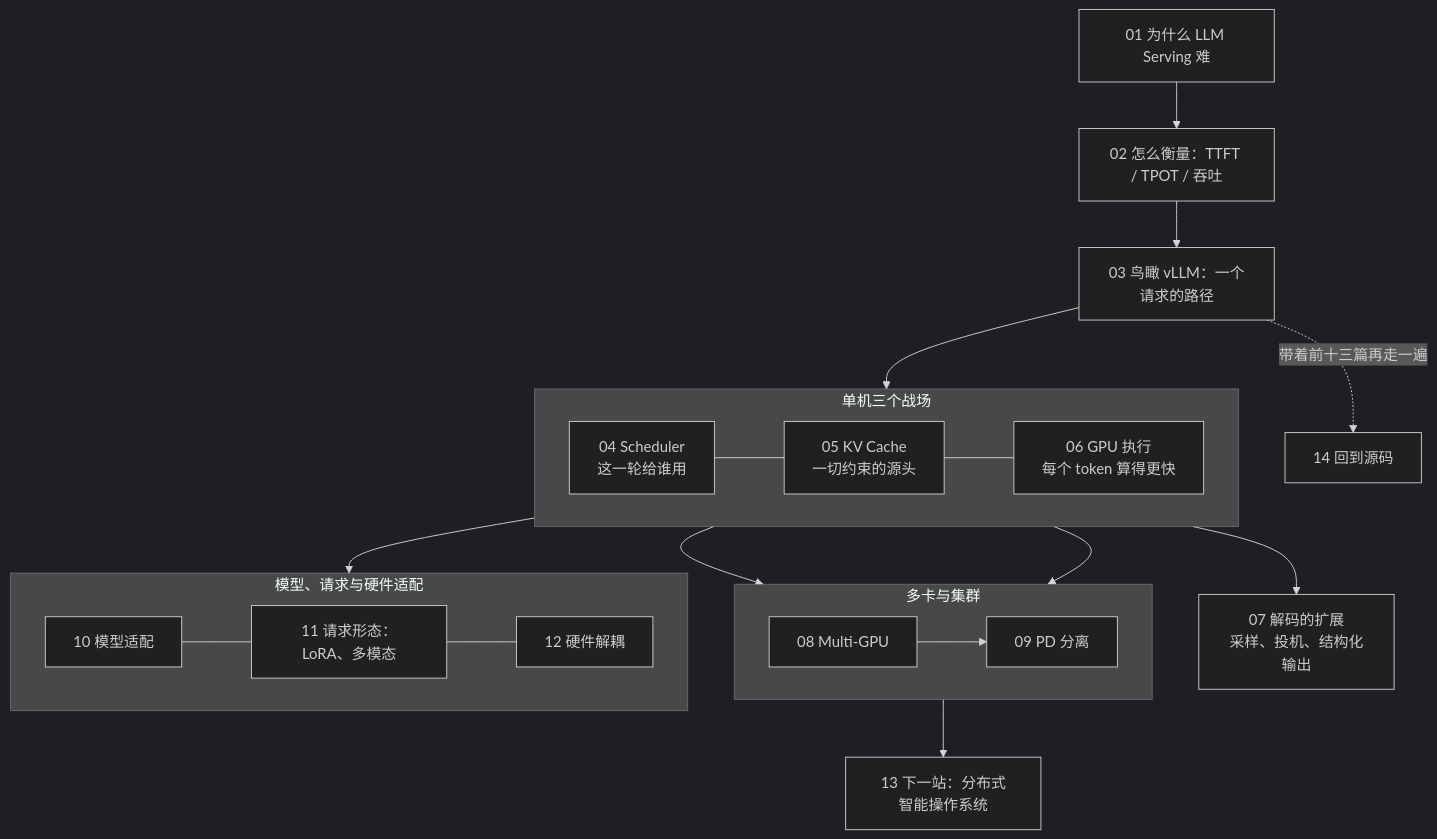
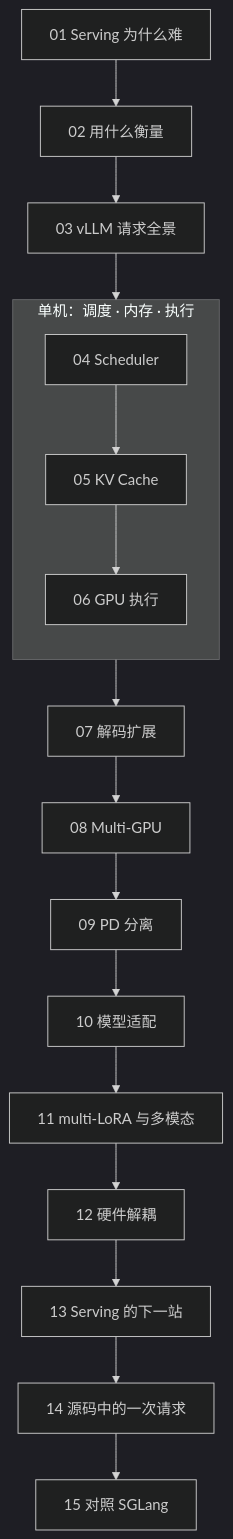
Before and after one commit to arganzheng/arganzheng.github.com: the diagram in slides/2026-08-25-deep-dive-into-vllm.md, drawn with Mermaid (dark theme). The commit also changed other lines of this file, not shown here.

Commit message:
vLLM 系列幻灯片同步刷新：十四篇→十五篇正文（补 15《vLLM 与 SGLang》），03 换成 process-view 图与 Executor/DP·TP 进程结论，4+1 子图入 sub-slides，各页改图+一行结论

````diff
--- a/slides/2026-08-25-deep-dive-into-vllm.md
+++ b/slides/2026-08-25-deep-dive-into-vllm.md
@@ -31,24 +44,13 @@
 ```mermaid
-%%{init: {"flowchart": {"wrappingWidth": 150}}}%%
+%%{init: {"flowchart": {"wrappingWidth": 190}}}%%
 flowchart TB
-    V1["01 为什么 LLM Serving 难"] --> V2["02 怎么衡量：TTFT / TPOT / 吞吐"] --> V3["03 鸟瞰 vLLM：一个请求的路径"]
-    subgraph ONE["单机三个战场"]
-        direction LR
-        V4["04 Scheduler<br/>这一轮给谁用"] --- V5["05 KV Cache<br/>一切约束的源头"] --- V6["06 GPU 执行<br/>每个 token 算得更快"]
+    A["01 Serving 为什么难"] --> B["02 用什么衡量"] --> C["03 vLLM 请求全景"]
+    subgraph ONE["单机：调度 · 内存 · 执行"]
+        direction TB
+        D["04 Scheduler"] --> E["05 KV Cache"] --> F["06 GPU 执行"]
     end
-    V3 --> ONE
-    V6 --> V7["07 解码的扩展<br/>采样、投机、结构化输出"]
-    subgraph SCALE["多卡与集群"]
-        direction LR
-        V8["08 Multi-GPU"] --> V9["09 PD 分离"]
-    end
-    subgraph ADAPT["模型、请求与硬件适配"]
-        direction LR
-        V10["10 模型适配"] --- V11["11 请求形态：LoRA、多模态"] --- V12["12 硬件解耦"]
-    end
-    ONE --> SCALE
-    V5 --> V9
-    ONE --> ADAPT
-    SCALE --> V13["13 下一站：分布式智能操作系统"]
-    V3 -. "带着前十三篇再走一遍" .-> V14["14 回到源码"]
+    C --> ONE
+    F --> G["07 解码扩展"] --> H["08 Multi-GPU"] --> I["09 PD 分离"]
+    I --> J["10 模型适配"] --> K["11 multi-LoRA 与多模态"] --> L["12 硬件解耦"]
+    L --> M["13 Serving 的下一站"] --> N["14 源码中的一次请求"] --> O["15 对照 SGLang"]
 ```
````
